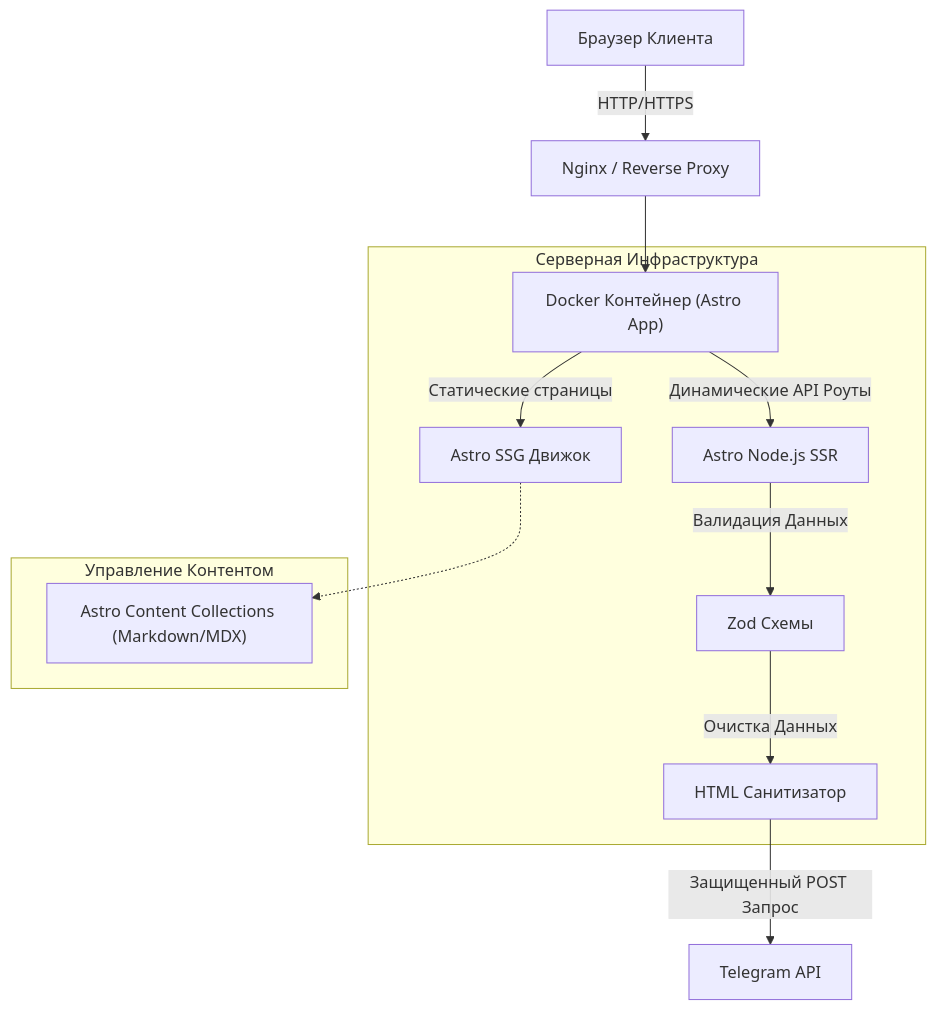
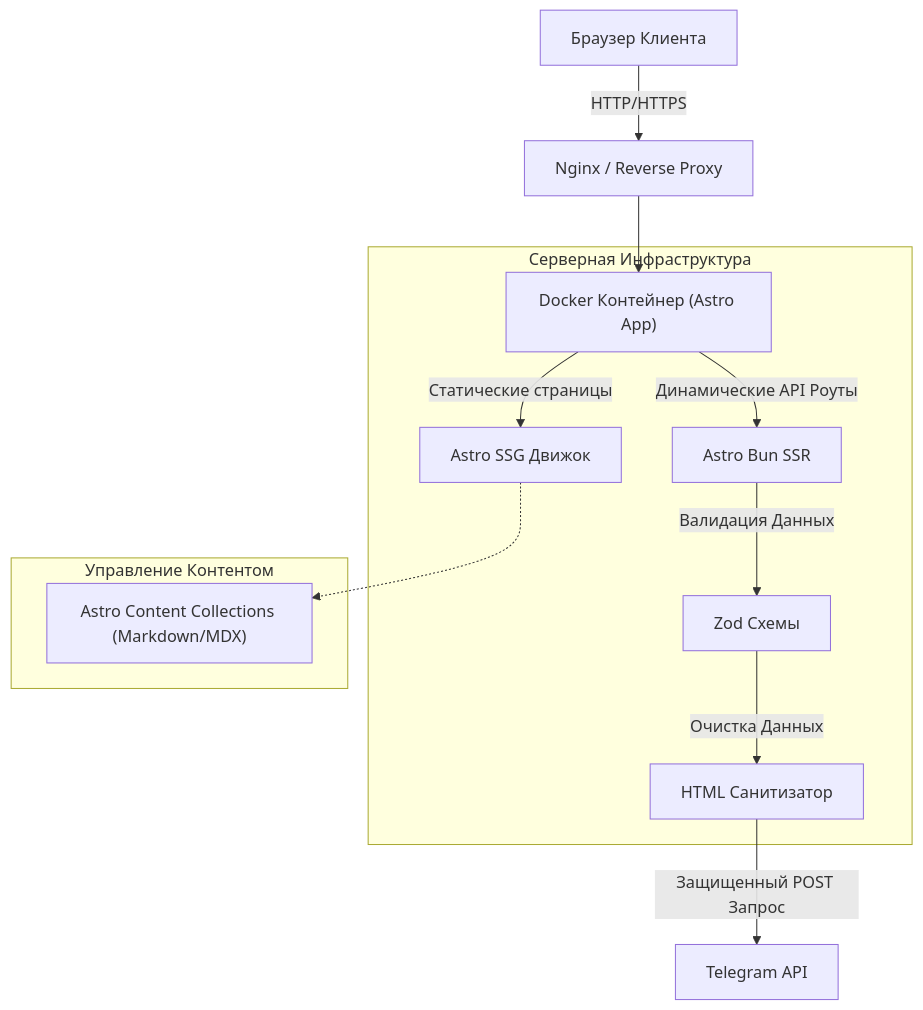
The first of 2 diagrams in docs/TECHNICAL.ru.md (AVP-Dev/avpdev.com), drawn with Mermaid before and after one commit. The commit also changed other lines of this file and 16 other files, not shown here.

````diff
--- a/docs/TECHNICAL.ru.md
+++ b/docs/TECHNICAL.ru.md
@@ -14,18 +14,18 @@
 ```mermaid
 graph TD
     A["Браузер Клиента"] -->|HTTP/HTTPS| B["Nginx / Reverse Proxy"]
     B --> C["Docker Контейнер (Astro App)"]
     
     subgraph "Серверная Инфраструктура"
       C -->|Статические страницы| D["Astro SSG Движок"]
-      C -->|Динамические API Роуты| E["Astro Node.js SSR"]
+      C -->|Динамические API Роуты| E["Astro Bun SSR"]
       E -->|Валидация Данных| F["Zod Схемы"]
       F -->|Очистка Данных| G["HTML Санитизатор"]
     end
     
     G -->|Защищенный POST Запрос| H["Telegram API"]
     
     subgraph "Управление Контентом"
       D -.-> I["Astro Content Collections (Markdown/MDX)"]
     end
 ```
````
